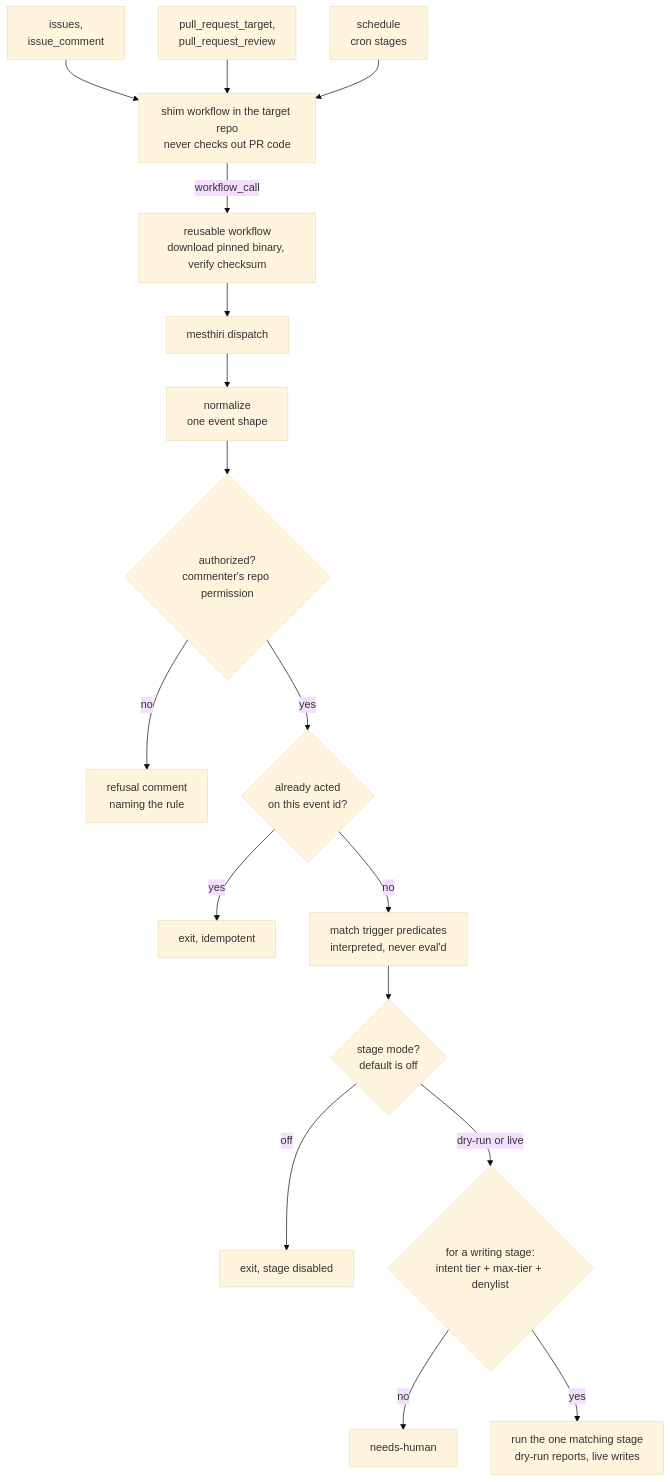
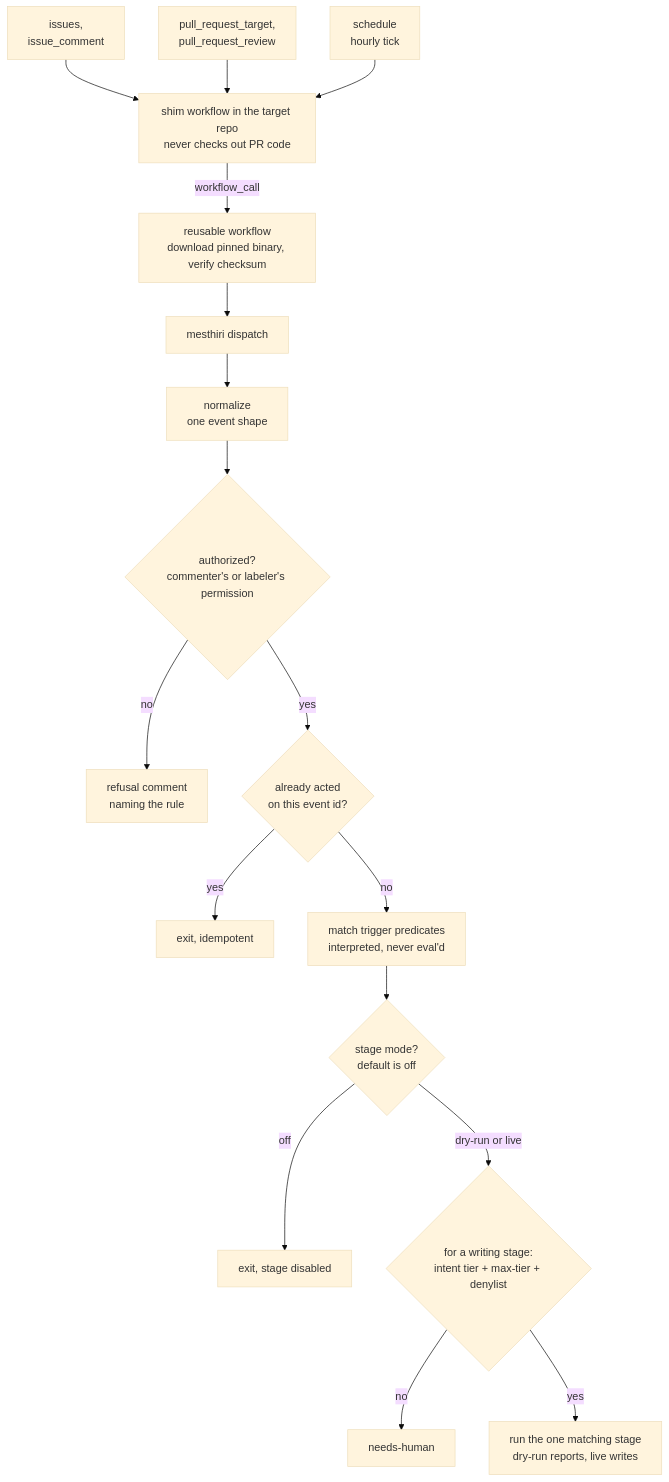
One commit to mesthiri/mesthiri changed the second of 7 diagrams in docs/architecture.md. Above: the diagram before and after it, drawn with Mermaid (base theme). The commit also changed other lines of this file and 5 other files, not shown here.

````diff
--- a/docs/architecture.md
+++ b/docs/architecture.md
@@ -79,21 +79,21 @@
 ```mermaid
 flowchart TD
   ev1["issues,<br/>issue_comment"] --> shim
   ev2["pull_request_target,<br/>pull_request_review"] --> shim
-  ev3["schedule<br/>cron stages"] --> shim
+  ev3["schedule<br/>hourly tick"] --> shim
 
   shim["shim workflow in the target repo<br/>never checks out PR code"] -->|"workflow_call"| reuse
   reuse["reusable workflow<br/>download pinned binary, verify checksum"] --> disp
 
   disp["mesthiri dispatch"] --> norm["normalize<br/>one event shape"]
-  norm --> authz{"authorized?<br/>commenter's repo permission"}
+  norm --> authz{"authorized?<br/>commenter's or labeler's permission"}
   authz -->|"no"| refuse["refusal comment<br/>naming the rule"]
   authz -->|"yes"| dedupe{"already acted<br/>on this event id?"}
   dedupe -->|"yes"| drop["exit, idempotent"]
   dedupe -->|"no"| match["match trigger predicates<br/>interpreted, never eval'd"]
   match --> mode{"stage mode?<br/>default is off"}
   mode -->|"off"| skip["exit, stage disabled"]
   mode -->|"dry-run or live"| elig{"for a writing stage:<br/>intent tier + max-tier + denylist"}
   elig -->|"no"| esc["needs-human"]
   elig -->|"yes"| stage["run the one matching stage<br/>dry-run reports, live writes"]
 ```
````
